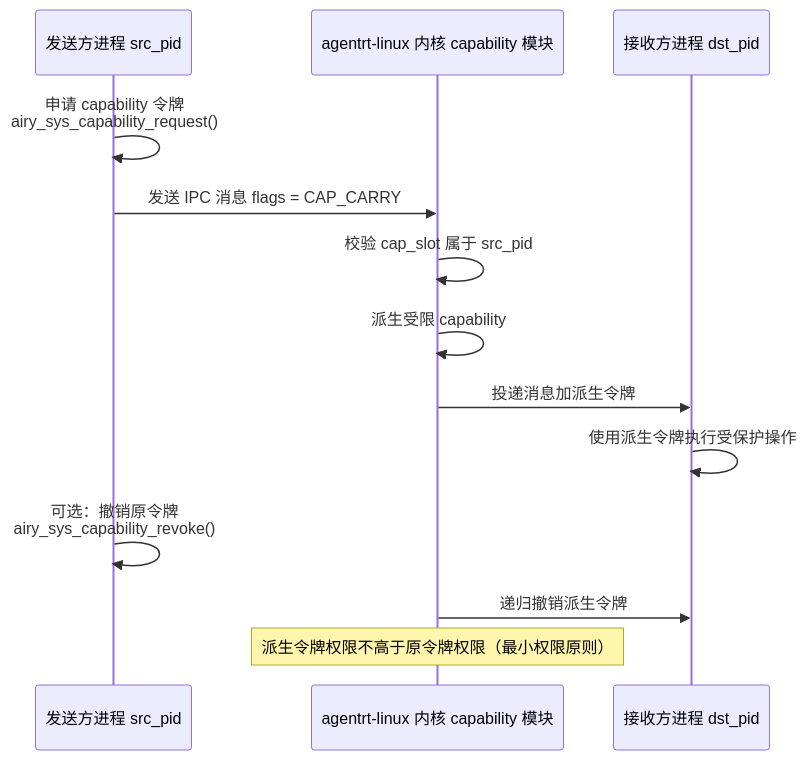
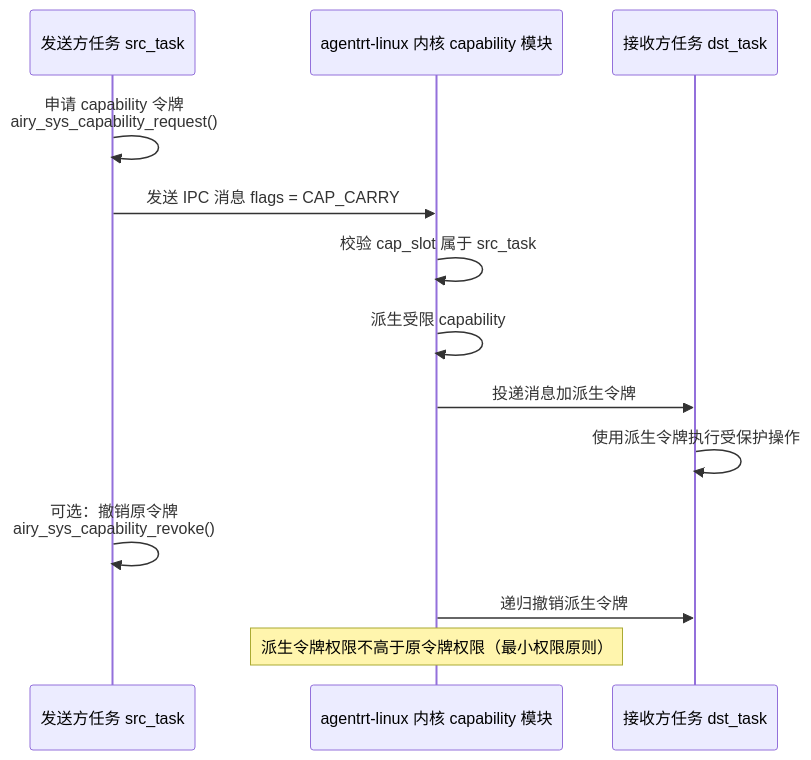
One commit to openairymax/docs-linux changed the second of 6 diagrams in 50-engineering-standards/20-contracts/contracts.md. Above: the diagram before and after it, drawn with Mermaid. The commit also changed other lines of this file and 72 other files, not shown here.

````diff
--- a/50-engineering-standards/20-contracts/contracts.md
+++ b/50-engineering-standards/20-contracts/contracts.md
@@ -220,17 +224,17 @@
 ```mermaid
 sequenceDiagram
-    participant S as 发送方进程 src_pid
+    participant S as 发送方任务 src_task
     participant K as agentrt-linux 内核 capability 模块
-    participant R as 接收方进程 dst_pid
+    participant R as 接收方任务 dst_task
 
     S->>S: 申请 capability 令牌<br/>airy_sys_capability_request()
     S->>K: 发送 IPC 消息 flags = CAP_CARRY
-    K->>K: 校验 cap_slot 属于 src_pid
+    K->>K: 校验 cap_slot 属于 src_task
     K->>K: 派生受限 capability
     K->>R: 投递消息加派生令牌
     R->>R: 使用派生令牌执行受保护操作
     S->>S: 可选：撤销原令牌<br/>airy_sys_capability_revoke()
     K->>R: 递归撤销派生令牌
 
     Note over K: 派生令牌权限不高于原令牌权限（最小权限原则）
 ```
````
